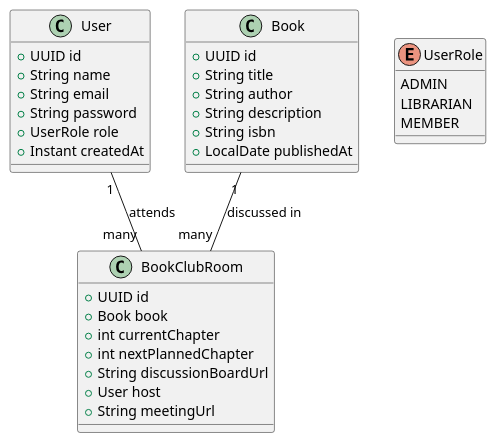
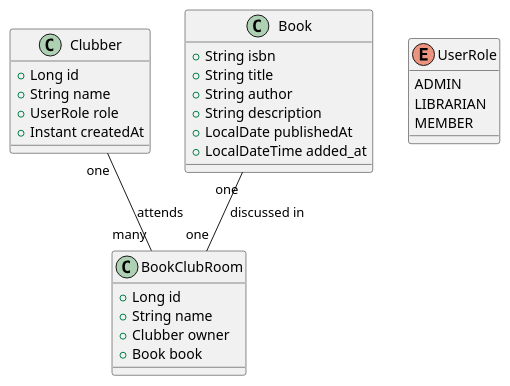
The first of 3 diagrams in three-layered-architecture/entities-diagram.puml (SergiiKravchuk/making-clean-architecture), drawn with PlantUML before and after one commit. The commit also changed other lines of this file and 32 other files, not shown here.

Commit message:
added Room domain's entity usecases; adjusted entities-diagram.puml; removed redundant fields from Room domain's entity

```diff
--- a/three-layered-architecture/entities-diagram.puml
+++ b/three-layered-architecture/entities-diagram.puml
@@ -1,40 +1,35 @@
 @startuml
 
-class User {
-    +UUID id
+class Clubber {
+    +Long id
     +String name
-    +String email
-    +String password
     +UserRole role
     +Instant createdAt
 }
 
 enum UserRole {
     ADMIN
     LIBRARIAN
     MEMBER
 }
 
 class Book {
-    +UUID id
+    +String isbn
     +String title
     +String author
     +String description
-    +String isbn
     +LocalDate publishedAt
+    +LocalDateTime added_at
 }
 
 class BookClubRoom {
-    +UUID id
+    +Long id
+    +String name
+    +Clubber owner
     +Book book
-    +int currentChapter
-    +int nextPlannedChapter
-    +String discussionBoardUrl
-    +User host
-    +String meetingUrl
 }
 
-User "1" -- "many" BookClubRoom : attends
-Book "1" -- "many" BookClubRoom : discussed in
+Clubber "one" -- "many" BookClubRoom : attends
+Book "one" -- "one" BookClubRoom : discussed in
 
 @enduml
```
